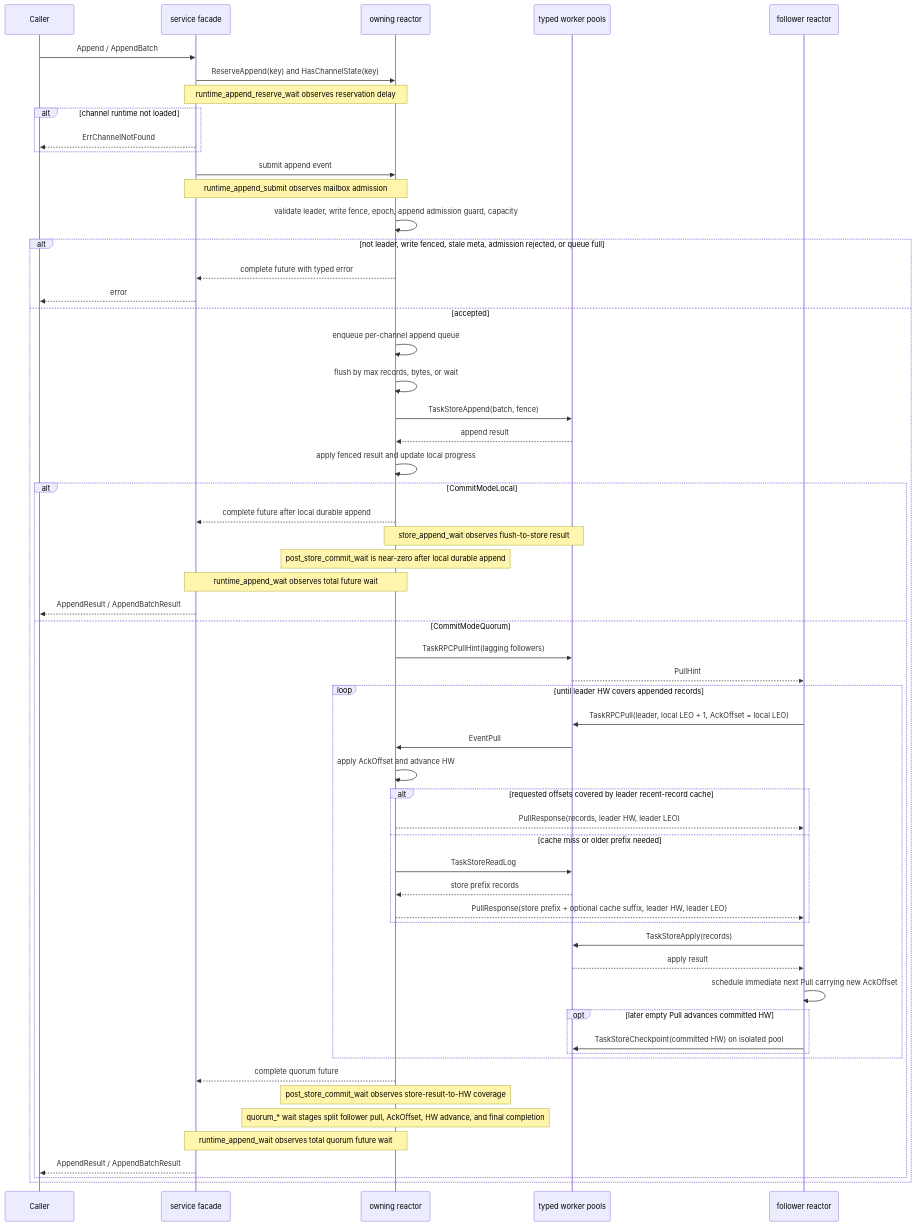
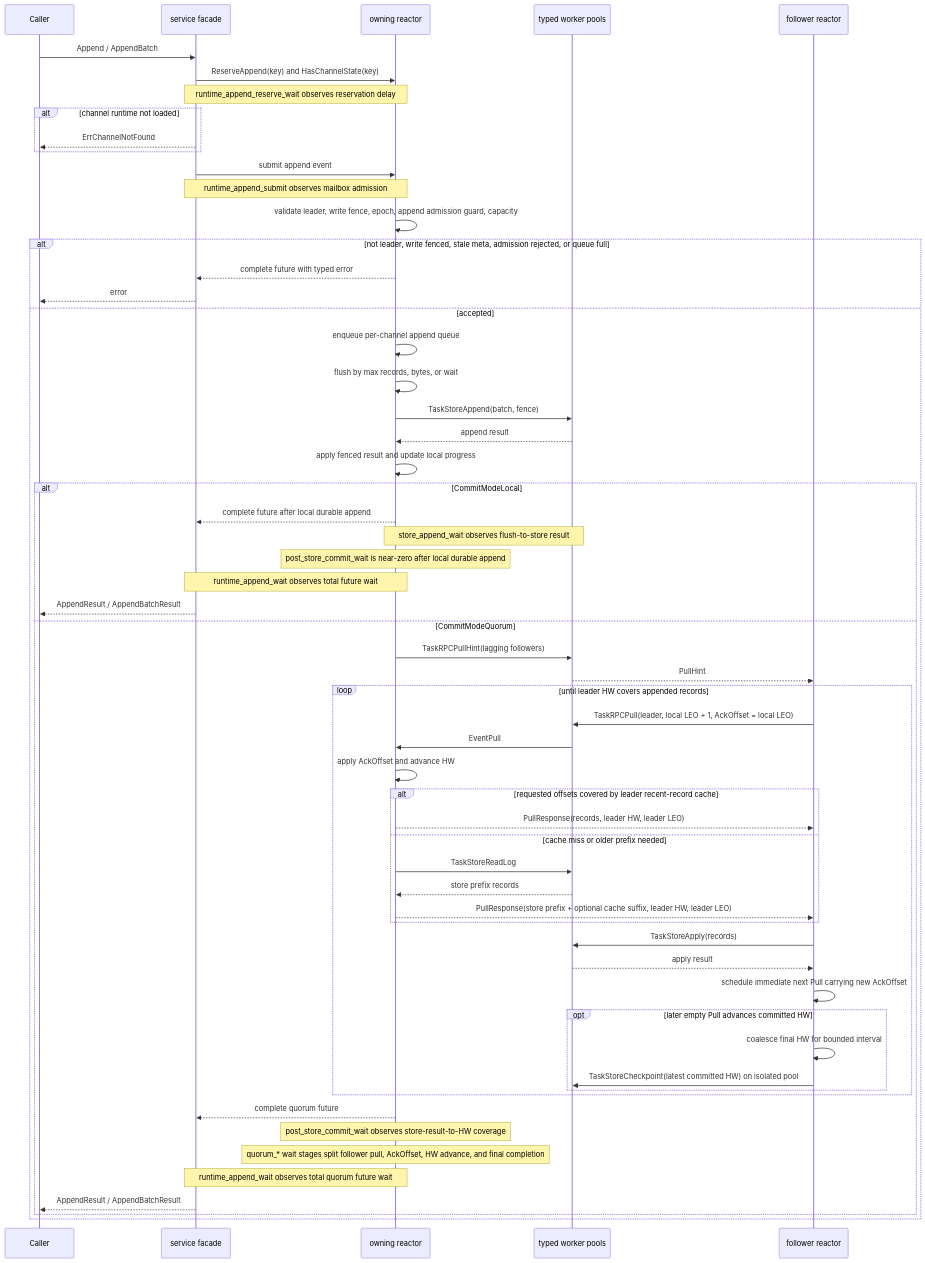
One commit to WuKongIM/WuKongIM changed the first of 2 diagrams in pkg/channel/FLOW.md. Above: the diagram before and after it, drawn with Mermaid. The commit also changed other lines of this file and 19 other files, not shown here.

Commit message:
fix(channel): coalesce follower checkpoint persistence

````diff
--- a/pkg/channel/FLOW.md
+++ b/pkg/channel/FLOW.md
@@ -25,62 +25,63 @@
 ```mermaid
 sequenceDiagram
     participant Caller
     participant Service as service facade
     participant Reactor as owning reactor
     participant Workers as typed worker pools
     participant Follower as follower reactor
 
     Caller->>Service: Append / AppendBatch
     Service->>Reactor: ReserveAppend(key) and HasChannelState(key)
     Note over Service,Reactor: runtime_append_reserve_wait observes reservation delay
     alt channel runtime not loaded
         Service-->>Caller: ErrChannelNotFound
     end
     Service->>Reactor: submit append event
     Note over Service,Reactor: runtime_append_submit observes mailbox admission
     Reactor->>Reactor: validate leader, write fence, epoch, append admission guard, capacity
     alt not leader, write fenced, stale meta, admission rejected, or queue full
         Reactor-->>Service: complete future with typed error
         Service-->>Caller: error
     else accepted
         Reactor->>Reactor: enqueue per-channel append queue
         Reactor->>Reactor: flush by max records, bytes, or wait
         Reactor->>Workers: TaskStoreAppend(batch, fence)
         Workers-->>Reactor: append result
         Reactor->>Reactor: apply fenced result and update local progress
 
         alt CommitModeLocal
             Reactor-->>Service: complete future after local durable append
             Note over Reactor,Workers: store_append_wait observes flush-to-store result
             Note over Reactor: post_store_commit_wait is near-zero after local durable append
             Note over Service,Reactor: runtime_append_wait observes total future wait
             Service-->>Caller: AppendResult / AppendBatchResult
         else CommitModeQuorum
             Reactor->>Workers: TaskRPCPullHint(lagging followers)
             Workers-->>Follower: PullHint
             loop until leader HW covers appended records
                 Follower->>Workers: TaskRPCPull(leader, local LEO + 1, AckOffset = local LEO)
                 Workers->>Reactor: EventPull
                 Reactor->>Reactor: apply AckOffset and advance HW
                 alt requested offsets covered by leader recent-record cache
                     Reactor-->>Follower: PullResponse(records, leader HW, leader LEO)
                 else cache miss or older prefix needed
                     Reactor->>Workers: TaskStoreReadLog
                     Workers-->>Reactor: store prefix records
                     Reactor-->>Follower: PullResponse(store prefix + optional cache suffix, leader HW, leader LEO)
                 end
                 Follower->>Workers: TaskStoreApply(records)
                 Workers-->>Follower: apply result
                 Follower->>Follower: schedule immediate next Pull carrying new AckOffset
                 opt later empty Pull advances committed HW
-                    Follower->>Workers: TaskStoreCheckpoint(committed HW) on isolated pool
+                    Follower->>Follower: coalesce final HW for bounded interval
+                    Follower->>Workers: TaskStoreCheckpoint(latest committed HW) on isolated pool
                 end
             end
             Reactor-->>Service: complete quorum future
             Note over Reactor: post_store_commit_wait observes store-result-to-HW coverage
             Note over Reactor: quorum_* wait stages split follower pull, AckOffset, HW advance, and final completion
             Note over Service,Reactor: runtime_append_wait observes total quorum future wait
             Service-->>Caller: AppendResult / AppendBatchResult
         end
     end
 ```
````
